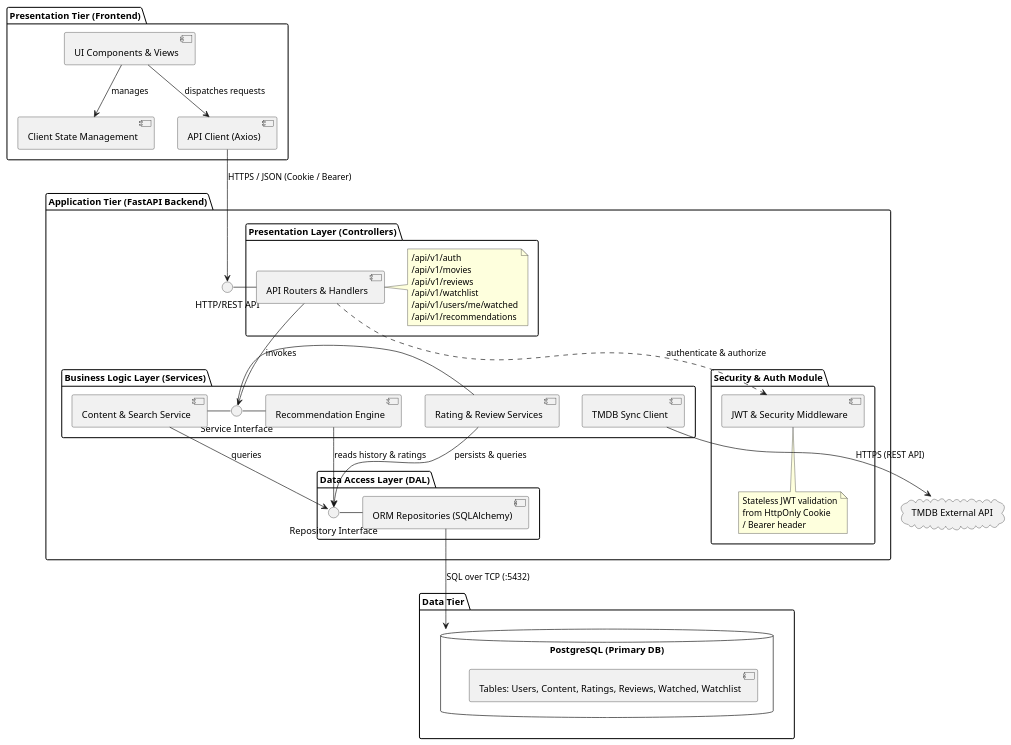
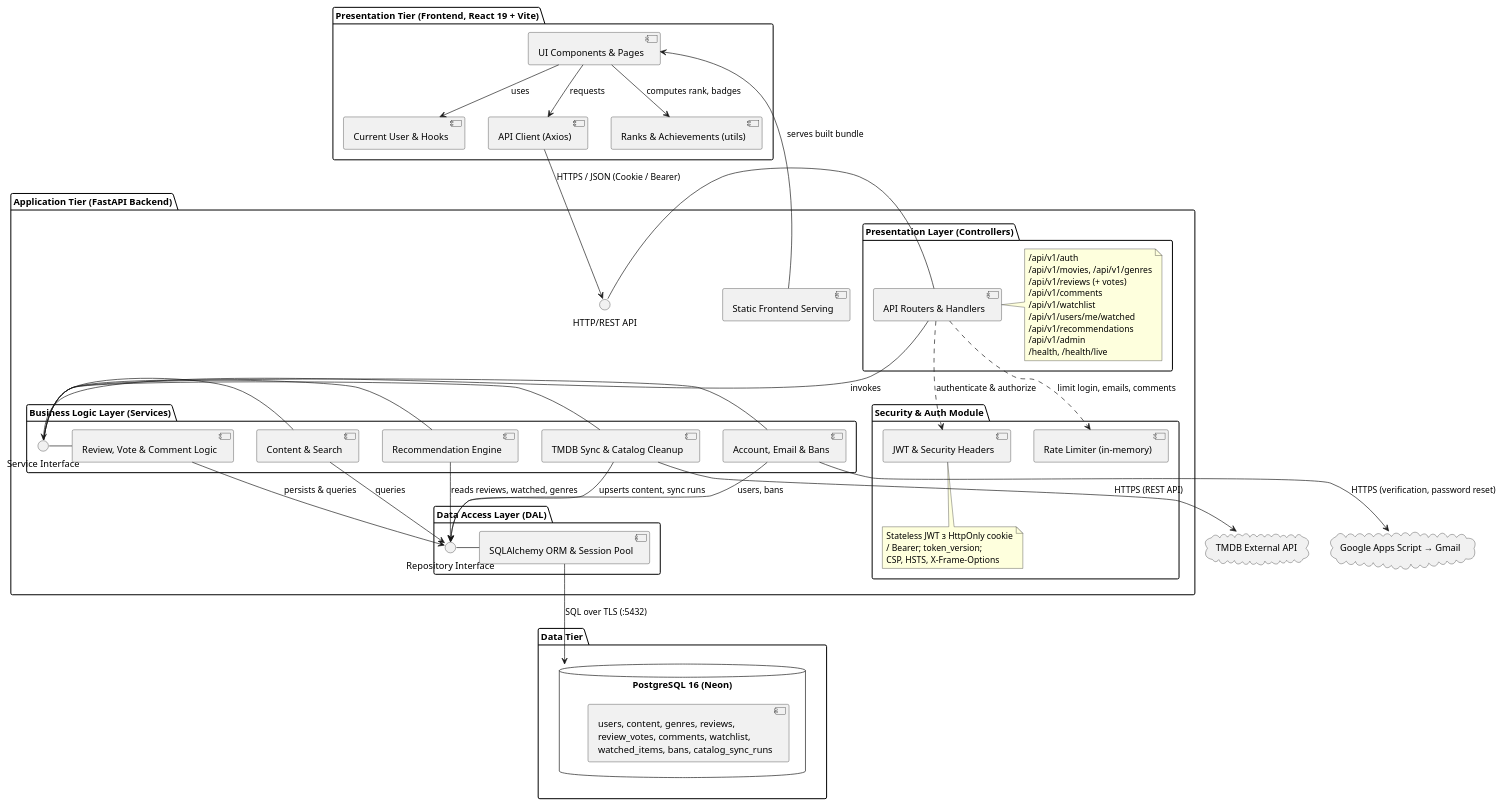
Before and after one commit to ukma-fin-ssdm-2026/ctrl-alt-defeat: the diagram in docs/architecture/uml/component-diagram.puml, drawn with PlantUML. The commit also changed 2 other files, not shown here.

Commit message:
docs: update sequence, activity and component diagrams to the implemented flows

```diff
--- a/docs/architecture/uml/component-diagram.puml
+++ b/docs/architecture/uml/component-diagram.puml
@@ -1,75 +1,93 @@
 @startuml
+' Компоненти фінальної версії (v1.2.0)
 skinparam componentStyle uml2
 
-package "Presentation Tier (Frontend)" {
-    [UI Components & Views] as UI_Comp
-    [Client State Management] as UI_State
+package "Presentation Tier (Frontend, React 19 + Vite)" {
+    [UI Components & Pages] as UI_Comp
+    [Current User & Hooks] as UI_State
     [API Client (Axios)] as UI_Client
+    [Ranks & Achievements (utils)] as UI_Ranks
 
-    UI_Comp --> UI_State : manages
-    UI_Comp --> UI_Client : dispatches requests
+    UI_Comp --> UI_State : uses
+    UI_Comp --> UI_Ranks : computes rank, badges
+    UI_Comp --> UI_Client : requests
 }
 
 package "Application Tier (FastAPI Backend)" {
     () "HTTP/REST API" as HTTP_Interface
 
     package "Presentation Layer (Controllers)" {
         [API Routers & Handlers] as Controllers
         note right of Controllers
           /api/v1/auth
-          /api/v1/movies
-          /api/v1/reviews
+          /api/v1/movies, /api/v1/genres
+          /api/v1/reviews (+ votes)
+          /api/v1/comments
           /api/v1/watchlist
           /api/v1/users/me/watched
           /api/v1/recommendations
+          /api/v1/admin
+          /health, /health/live
         end note
     }
 
     package "Security & Auth Module" {
-        [JWT & Security Middleware] as Security
+        [JWT & Security Headers] as Security
+        [Rate Limiter (in-memory)] as RateLimit
         note bottom of Security
-          Stateless JWT validation
-          from HttpOnly Cookie
-          / Bearer header
+          Stateless JWT з HttpOnly cookie
+          / Bearer; token_version;
+          CSP, HSTS, X-Frame-Options
         end note
     }
 
     package "Business Logic Layer (Services)" {
         () "Service Interface" as Service_Interface
-        [Rating & Review Services] as Logic_Review
-        [Content & Search Service] as Logic_Content
+        [Review, Vote & Comment Logic] as Logic_Review
+        [Content & Search] as Logic_Content
         [Recommendation Engine] as Logic_Rec
-        [TMDB Sync Client] as Logic_TMDB
+        [Account, Email & Bans] as Logic_Account
+        [TMDB Sync & Catalog Cleanup] as Logic_TMDB
     }
 
     package "Data Access Layer (DAL)" {
         () "Repository Interface" as Repo_Interface
-        [ORM Repositories (SQLAlchemy)] as DAL
+        [SQLAlchemy ORM & Session Pool] as DAL
     }
+
+    [Static Frontend Serving] as Static
 
     HTTP_Interface - Controllers
     Controllers ..> Security : authenticate & authorize
+    Controllers ..> RateLimit : limit login, emails, comments
     Controllers --> Service_Interface : invokes
     Service_Interface - Logic_Review
     Service_Interface - Logic_Content
     Service_Interface - Logic_Rec
+    Service_Interface - Logic_Account
+    Service_Interface - Logic_TMDB
 
     Logic_Review --> Repo_Interface : persists & queries
     Logic_Content --> Repo_Interface : queries
-    Logic_Rec --> Repo_Interface : reads history & ratings
+    Logic_Rec --> Repo_Interface : reads reviews, watched, genres
+    Logic_Account --> Repo_Interface : users, bans
+    Logic_TMDB --> Repo_Interface : upserts content, sync runs
     Repo_Interface - DAL
 }
 
 package "Data Tier" {
-    database "PostgreSQL (Primary DB)" as DB {
-        [Tables: Users, Content, Ratings, Reviews, Watched, Watchlist]
+    database "PostgreSQL 16 (Neon)" as DB {
+        [users, content, genres, reviews,\nreview_votes, comments, watchlist,\nwatched_items, bans, catalog_sync_runs]
     }
 }
 
 cloud "TMDB External API" as TMDB
+cloud "Google Apps Script → Gmail" as Mailer
 
 UI_Client --> HTTP_Interface : HTTPS / JSON (Cookie / Bearer)
-DAL --> DB : SQL over TCP (:5432)
+Static --> UI_Comp : serves built bundle
+DAL --> DB : SQL over TLS (:5432)
 Logic_TMDB --> TMDB : HTTPS (REST API)
+Logic_Account --> Mailer : HTTPS (verification, password reset)
 
 @enduml
```
